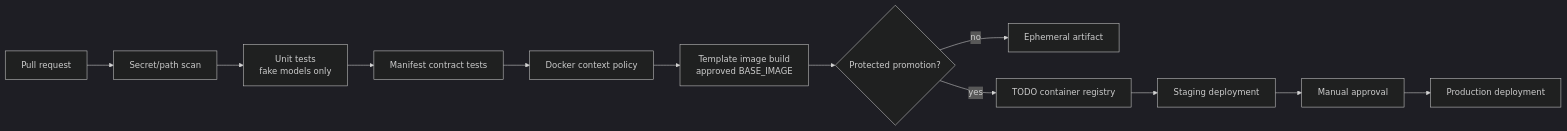
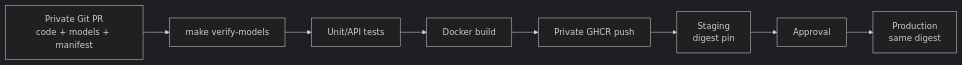
The first of 2 diagrams in docs/CI_CD_HANDOFF.md (nhnacademy-aiot3-yes-ai-do/Vision_server), drawn with Mermaid (dark theme) before and after one commit. The commit also changed other lines of this file and 99 other files, not shown here.

````diff
--- a/docs/CI_CD_HANDOFF.md
+++ b/docs/CI_CD_HANDOFF.md
@@ -73,14 +23,13 @@
 ```mermaid
 flowchart LR
-    PR[Pull request] --> S[Secret/path scan]
-    S --> U[Unit tests<br/>fake models only]
-    U --> M[Manifest contract tests]
-    M --> D[Docker context policy]
-    D --> B[Template image build<br/>approved BASE_IMAGE]
-    B --> P{Protected promotion?}
-    P -->|no| E[Ephemeral artifact]
-    P -->|yes| R[TODO container registry]
-    R --> ST[Staging deployment]
-    ST --> A[Manual approval]
-    A --> PRD[Production deployment]
+    PR[Private Git PR<br/>code + models + manifest]
+    V[make verify-models]
+    T[Unit/API tests]
+    B[Docker build]
+    R[Private GHCR push]
+    S[Staging<br/>digest pin]
+    A[Approval]
+    P[Production<br/>same digest]
+
+    PR --> V --> T --> B --> R --> S --> A --> P
 ```
````
